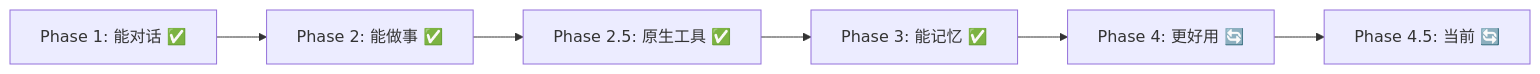
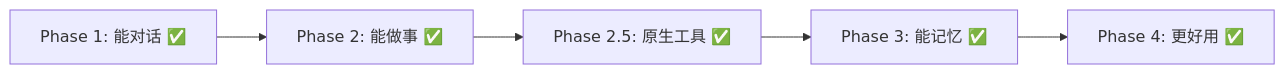
The eighth of 8 diagrams in plans/ARCHITECTURE.md (BakaAkari/AgentCore-Unity), drawn with Mermaid before and after one commit. The commit also changed other lines of this file and 2 other files, not shown here.

Commit message:
update TOOLS.md.template, ARCHITECTURE.md and phase4-plan.md

````diff
--- a/plans/ARCHITECTURE.md
+++ b/plans/ARCHITECTURE.md
@@ -977,8 +977,7 @@
 ```mermaid
 graph LR
     P1[Phase 1: 能对话 ✅] --> P2[Phase 2: 能做事 ✅]
     P2 --> P25[Phase 2.5: 原生工具 ✅]
     P25 --> P3[Phase 3: 能记忆 ✅]
-    P3 --> P4[Phase 4: 更好用 🔄]
-    P4 --> P45[Phase 4.5: 当前 🔄]
+    P3 --> P4[Phase 4: 更好用 ✅]
 ```
````
